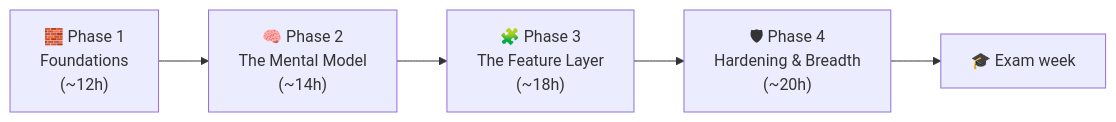
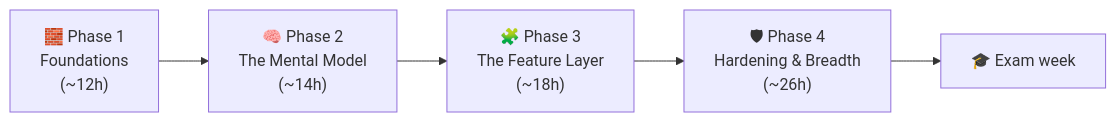
The first of 2 diagrams in docs/roadmap.fr.md (jasseryah-mazars/Sf-8.0), drawn with Mermaid before and after one commit. The commit also changed other lines of this file and 14 other files, not shown here.

````diff
--- a/docs/roadmap.fr.md
+++ b/docs/roadmap.fr.md
@@ -18,7 +18,7 @@
 ```mermaid
 flowchart LR
     P1["🧱 Phase 1<br/>Foundations<br/>(~12h)"] --> P2["🧠 Phase 2<br/>The Mental Model<br/>(~14h)"]
     P2 --> P3["🧩 Phase 3<br/>The Feature Layer<br/>(~18h)"]
-    P3 --> P4["🛡 Phase 4<br/>Hardening & Breadth<br/>(~20h)"]
+    P3 --> P4["🛡 Phase 4<br/>Hardening & Breadth<br/>(~26h)"]
     P4 --> EX["🎓 Exam week"]
 ```
````
